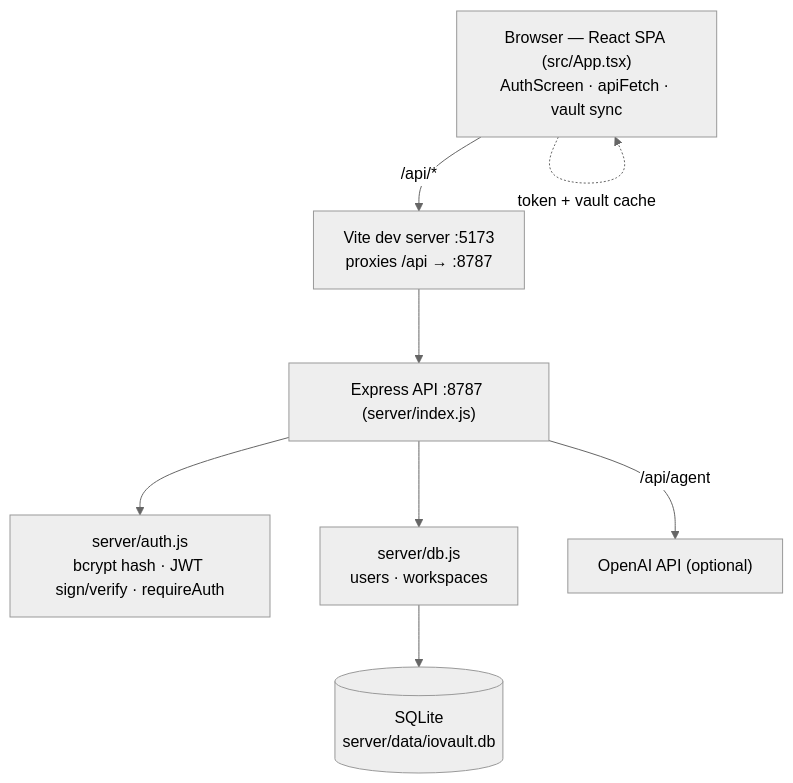
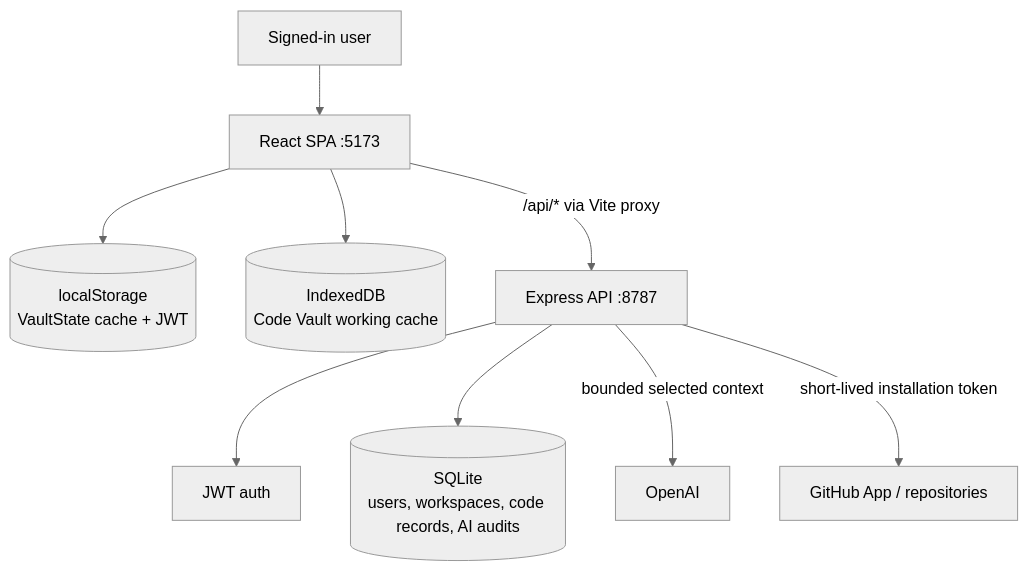
The first of 2 diagrams in docs/architecture.md (Akiirolabs/IOVault), drawn with Mermaid (neutral theme) before and after one commit. The commit also changed other lines of this file and 27 other files, not shown here.

````diff
--- a/docs/architecture.md
+++ b/docs/architecture.md
@@ -21,16 +7,11 @@
 ```mermaid
 flowchart TB
-  browser["Browser — React SPA (src/App.tsx)\nAuthScreen · apiFetch · vault sync"]
-  vite["Vite dev server :5173\nproxies /api → :8787"]
-  api["Express API :8787 (server/index.js)"]
-  authmod["server/auth.js\nbcrypt hash · JWT sign/verify · requireAuth"]
-  dbmod["server/db.js\nusers · workspaces"]
-  sqlite[("SQLite\nserver/data/iovault.db")]
-  openai["OpenAI API (optional)"]
-
-  browser -->|"/api/*"| vite --> api
-  api --> authmod
-  api --> dbmod --> sqlite
-  api -->|"/api/agent"| openai
-  browser -. "token + vault cache" .-> browser
+  User["Signed-in user"] --> SPA["React SPA :5173"]
+  SPA --> LS[("localStorage\nVaultState cache + JWT")]
+  SPA --> IDB[("IndexedDB\nCode Vault working cache")]
+  SPA -->|"/api/* via Vite proxy"| API["Express API :8787"]
+  API --> Auth["JWT auth"]
+  API --> DB[("SQLite\nusers, workspaces, code records, AI audits")]
+  API -->|"bounded selected context"| OpenAI["OpenAI"]
+  API -->|"short-lived installation token"| GitHub["GitHub App / repositories"]
 ```
````
